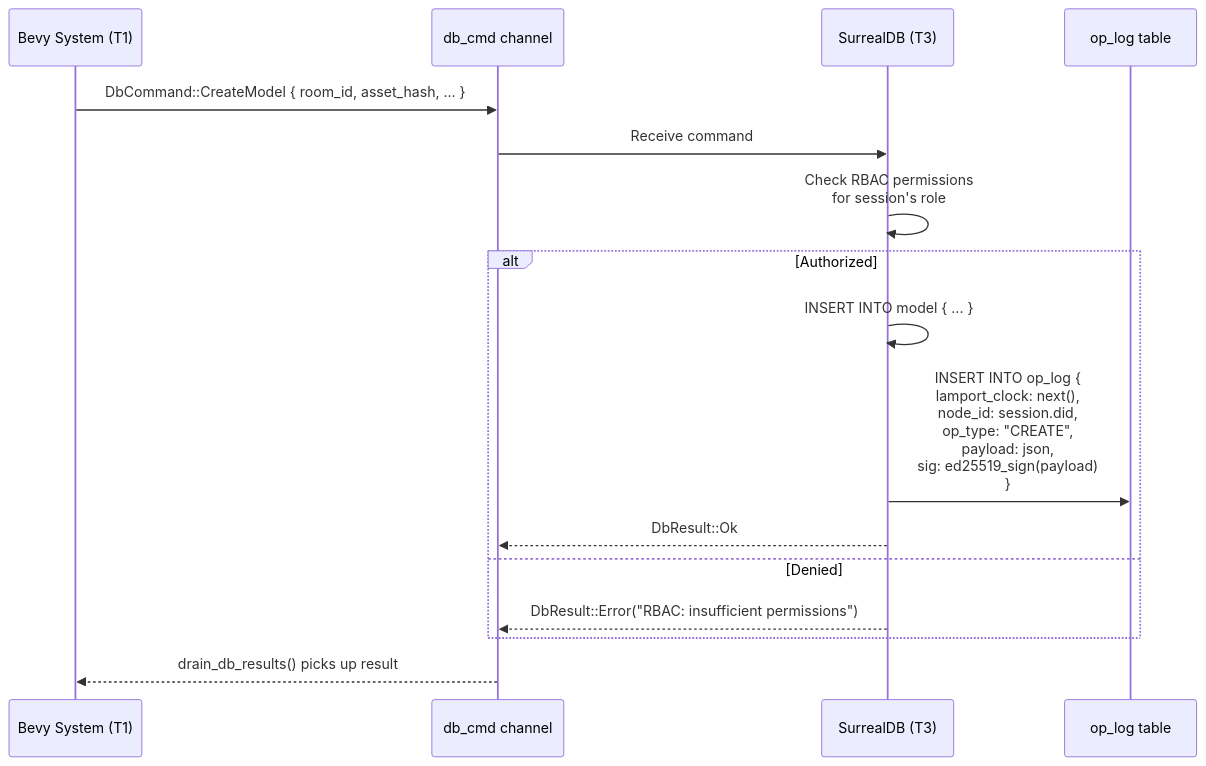
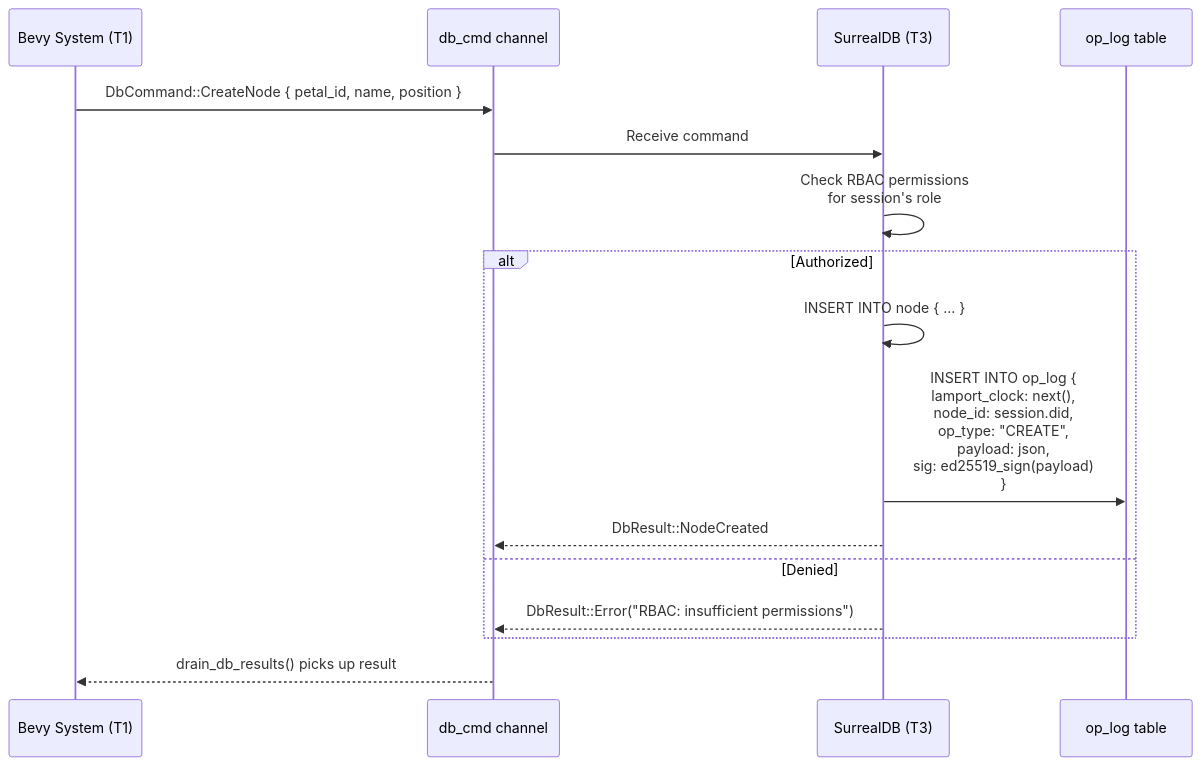
Before and after one commit to Escherbridge/fractalengine: the third of 4 diagrams in docs/diagrams/05-database-schema.md, drawn with Mermaid. The commit also changed other lines of this file and 81 other files, not shown here.

````diff
--- a/docs/diagrams/05-database-schema.md
+++ b/docs/diagrams/05-database-schema.md
@@ -86,21 +162,21 @@
 ```mermaid
 sequenceDiagram
     participant Sys as Bevy System (T1)
     participant Ch as db_cmd channel
     participant DB as SurrealDB (T3)
     participant Log as op_log table
 
-    Sys->>Ch: DbCommand::CreateModel { room_id, asset_hash, ... }
+    Sys->>Ch: DbCommand::CreateNode { petal_id, name, position }
     Ch->>DB: Receive command
 
     DB->>DB: Check RBAC permissions<br/>for session's role
     alt Authorized
-        DB->>DB: INSERT INTO model { ... }
+        DB->>DB: INSERT INTO node { ... }
         DB->>Log: INSERT INTO op_log {<br/>  lamport_clock: next(),<br/>  node_id: session.did,<br/>  op_type: "CREATE",<br/>  payload: json,<br/>  sig: ed25519_sign(payload)<br/>}
-        DB-->>Ch: DbResult::Ok
+        DB-->>Ch: DbResult::NodeCreated
     else Denied
         DB-->>Ch: DbResult::Error("RBAC: insufficient permissions")
     end
 
     Ch-->>Sys: drain_db_results() picks up result
 ```
````
